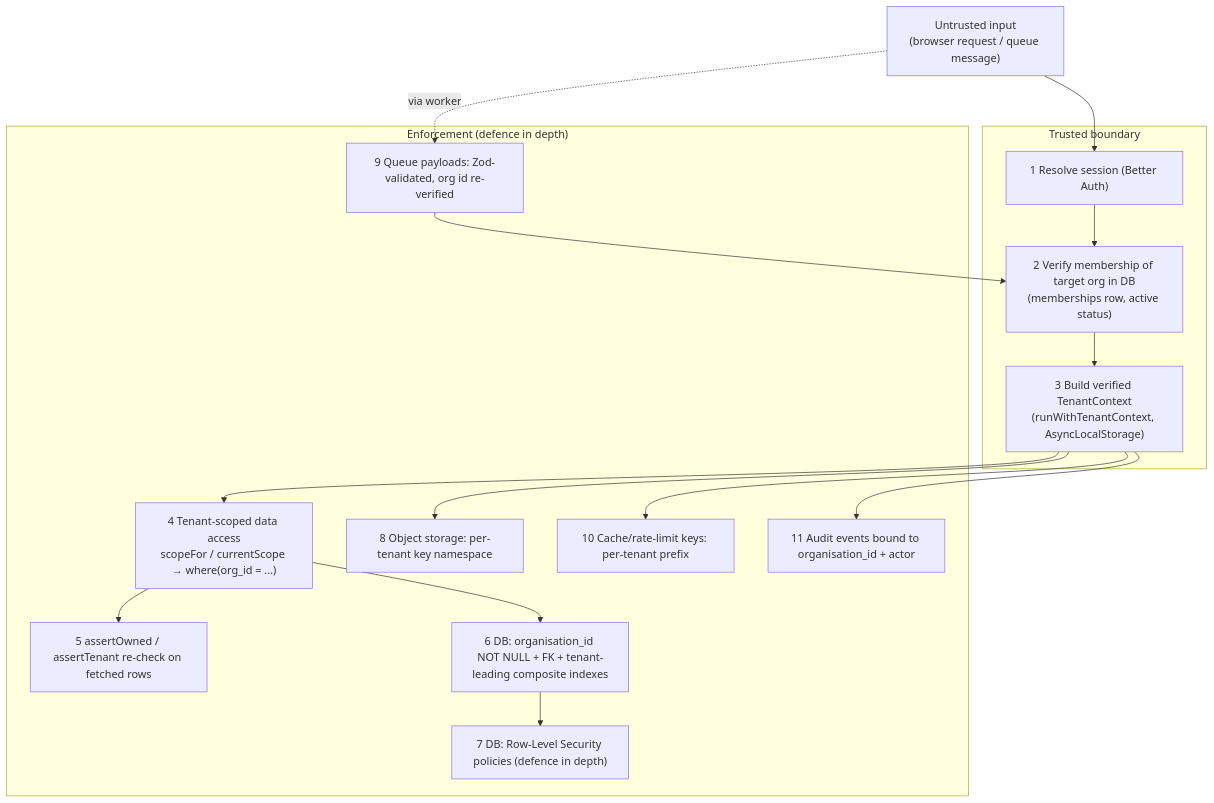
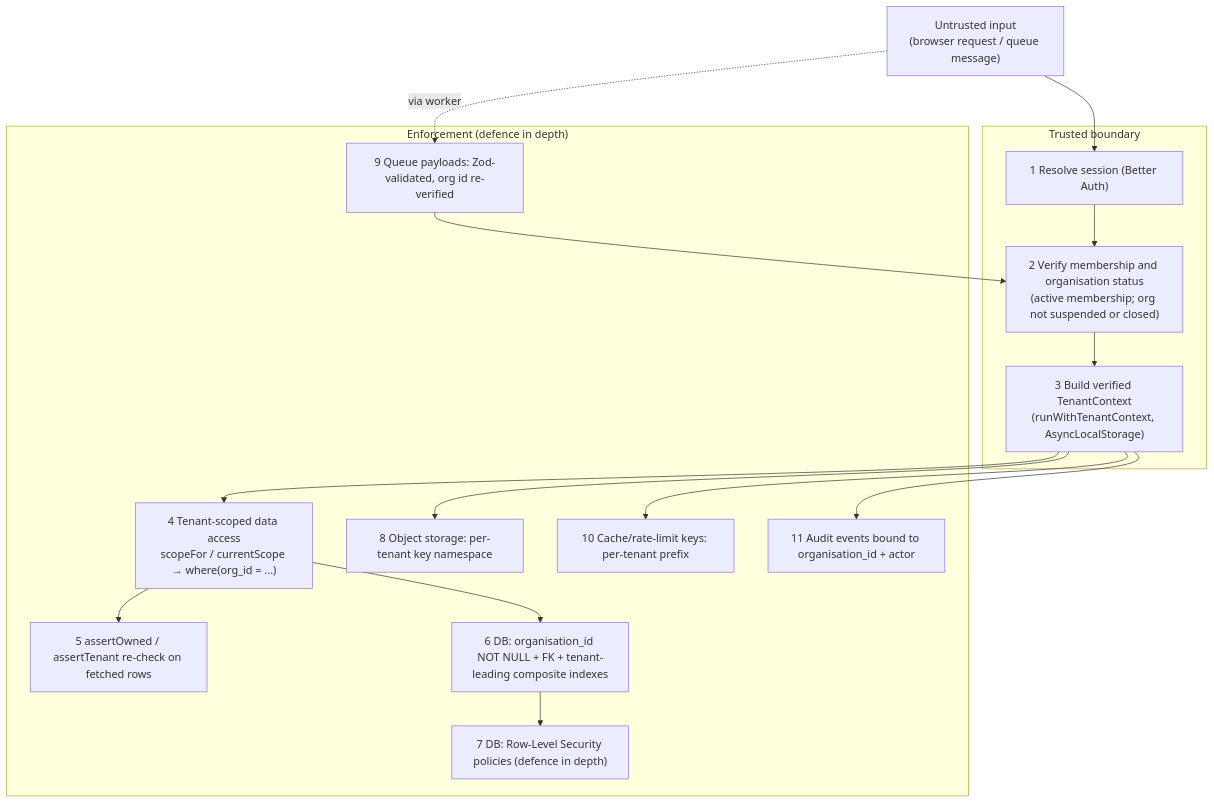
The diagram in docs/tenant-isolation.md (yumaitau/BlakPath), drawn with Mermaid before and after one commit. The commit also changed other lines of this file and 33 other files, not shown here.

First line of the commit message:
fix: enforce organisation status (#159)

````diff
--- a/docs/tenant-isolation.md
+++ b/docs/tenant-isolation.md
@@ -23,29 +23,29 @@
 ```mermaid
 flowchart TD
   input["Untrusted input<br/>(browser request / queue message)"]
 
   subgraph trust["Trusted boundary"]
     session["1 Resolve session (Better Auth)"]
-    verify["2 Verify membership of target org in DB<br/>(memberships row, active status)"]
+    verify["2 Verify membership and organisation status<br/>(active membership; org not suspended or closed)"]
     ctx["3 Build verified TenantContext<br/>(runWithTenantContext, AsyncLocalStorage)"]
   end
 
   subgraph enforce["Enforcement (defence in depth)"]
     scope["4 Tenant-scoped data access<br/>scopeFor / currentScope → where(org_id = ...)"]
     assert["5 assertOwned / assertTenant re-check on fetched rows"]
     idx["6 DB: organisation_id NOT NULL + FK + tenant-leading composite indexes"]
     rls["7 DB: Row-Level Security policies (defence in depth)"]
     obj["8 Object storage: per-tenant key namespace"]
     queue["9 Queue payloads: Zod-validated, org id re-verified"]
     cache["10 Cache/rate-limit keys: per-tenant prefix"]
     auditbind["11 Audit events bound to organisation_id + actor"]
   end
 
   input --> session --> verify --> ctx
   ctx --> scope --> assert
   scope --> idx --> rls
   ctx --> obj
   input -. via worker .-> queue --> verify
   ctx --> cache
   ctx --> auditbind
 ```
````
